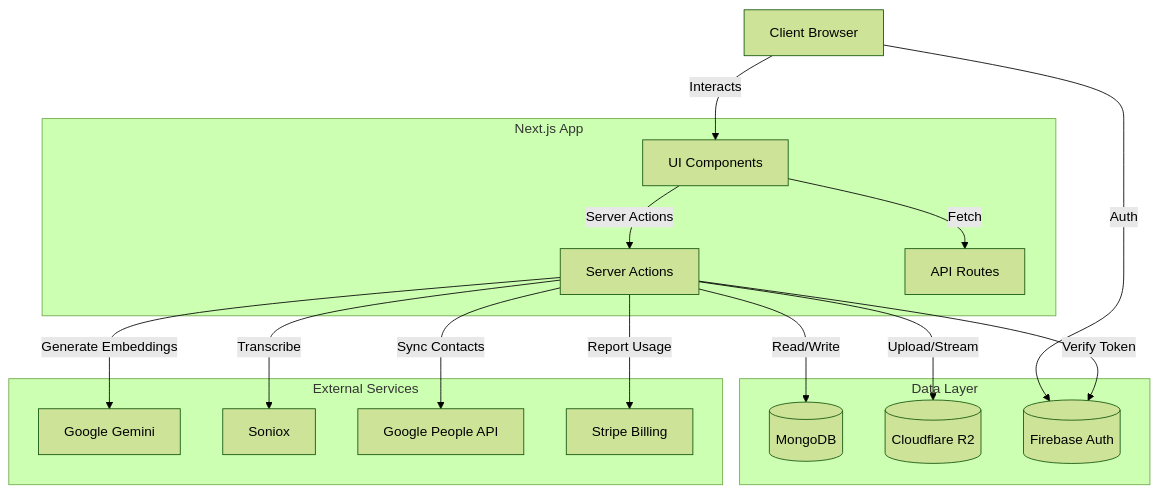
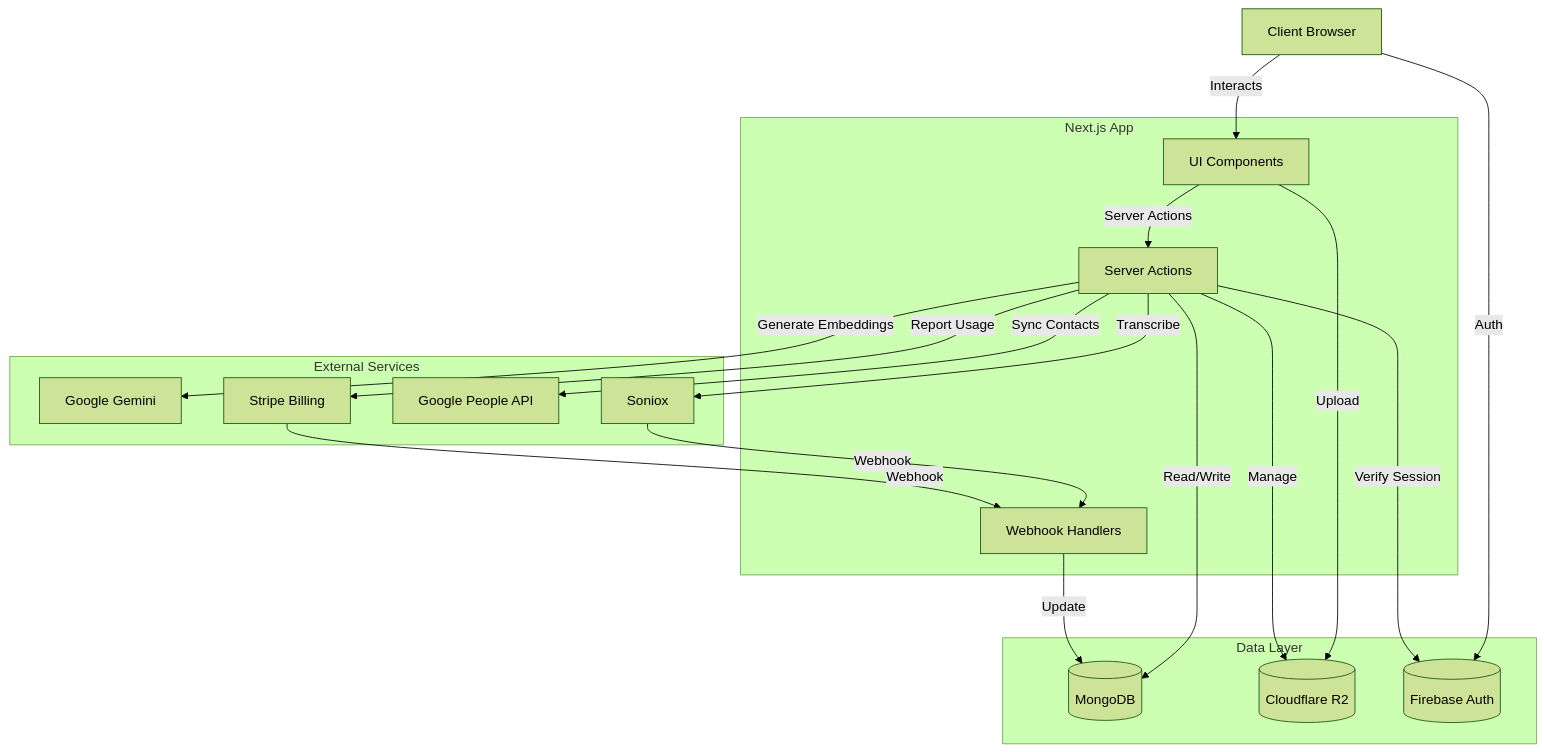
Before and after one commit to virusz4274/callery: the diagram in docs/architecture.md, drawn with Mermaid (forest theme). The commit also changed other lines of this file and 55 other files, not shown here.

````diff
--- a/docs/architecture.md
+++ b/docs/architecture.md
@@ -36,34 +37,37 @@
 ```mermaid
 graph TD
     Client[Client Browser]
     subgraph "Next.js App"
         UI[UI Components]
         Actions[Server Actions]
-        API[API Routes]
+        Webhooks[Webhook Handlers]
     end
     
     subgraph "Data Layer"
         MongoDB[(MongoDB)]
         R2[(Cloudflare R2)]
         Firebase[(Firebase Auth)]
     end
     
     subgraph "External Services"
         Gemini[Google Gemini]
         Soniox[Soniox]
         GPeople[Google People API]
         Stripe[Stripe Billing]
     end
 
     Client -->|Interacts| UI
     UI -->|Server Actions| Actions
-    UI -->|Fetch| API
+    UI -->|Upload| R2
     Actions -->|Read/Write| MongoDB
-    Actions -->|Upload/Stream| R2
+    Actions -->|Manage| R2
     Client -->|Auth| Firebase
-    Actions -->|Verify Token| Firebase
+    Actions -->|Verify Session| Firebase
     Actions -->|Generate Embeddings| Gemini
     Actions -->|Transcribe| Soniox
     Actions -->|Sync Contacts| GPeople
     Actions -->|Report Usage| Stripe
+    Soniox -->|Webhook| Webhooks
+    Stripe -->|Webhook| Webhooks
+    Webhooks -->|Update| MongoDB
 ```
````
